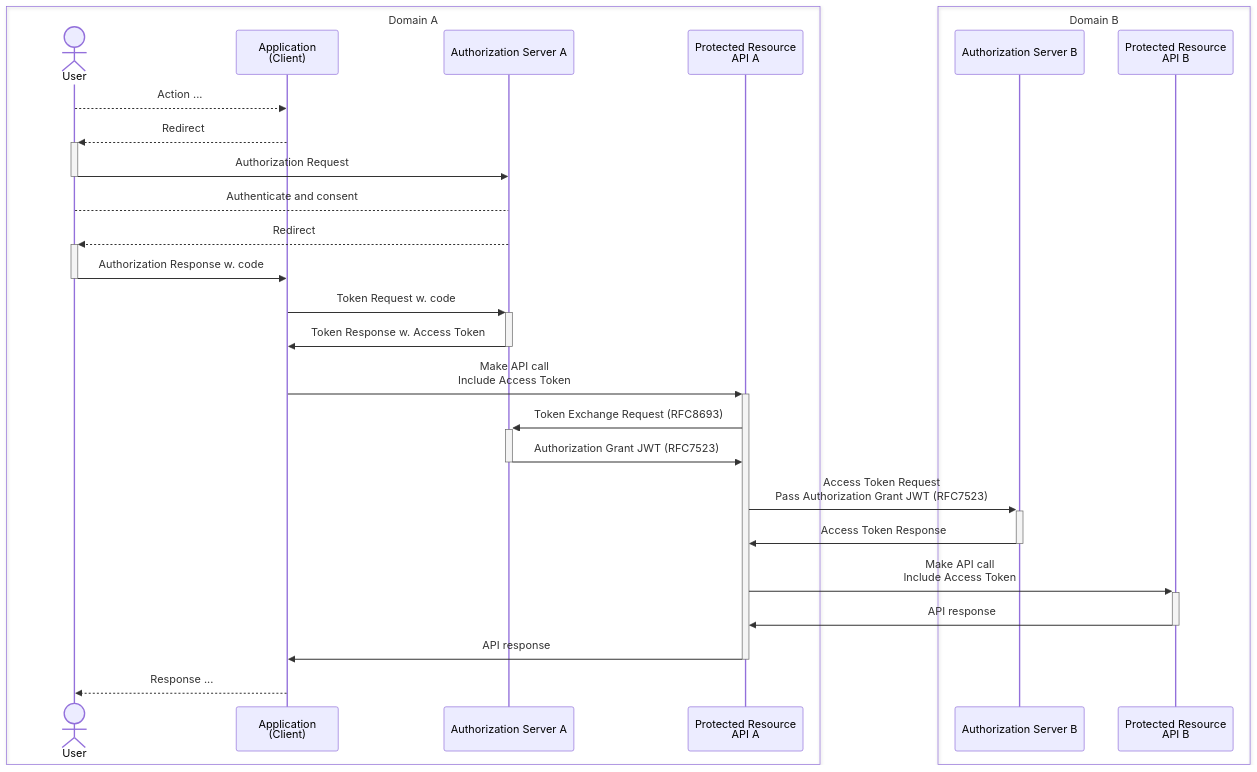
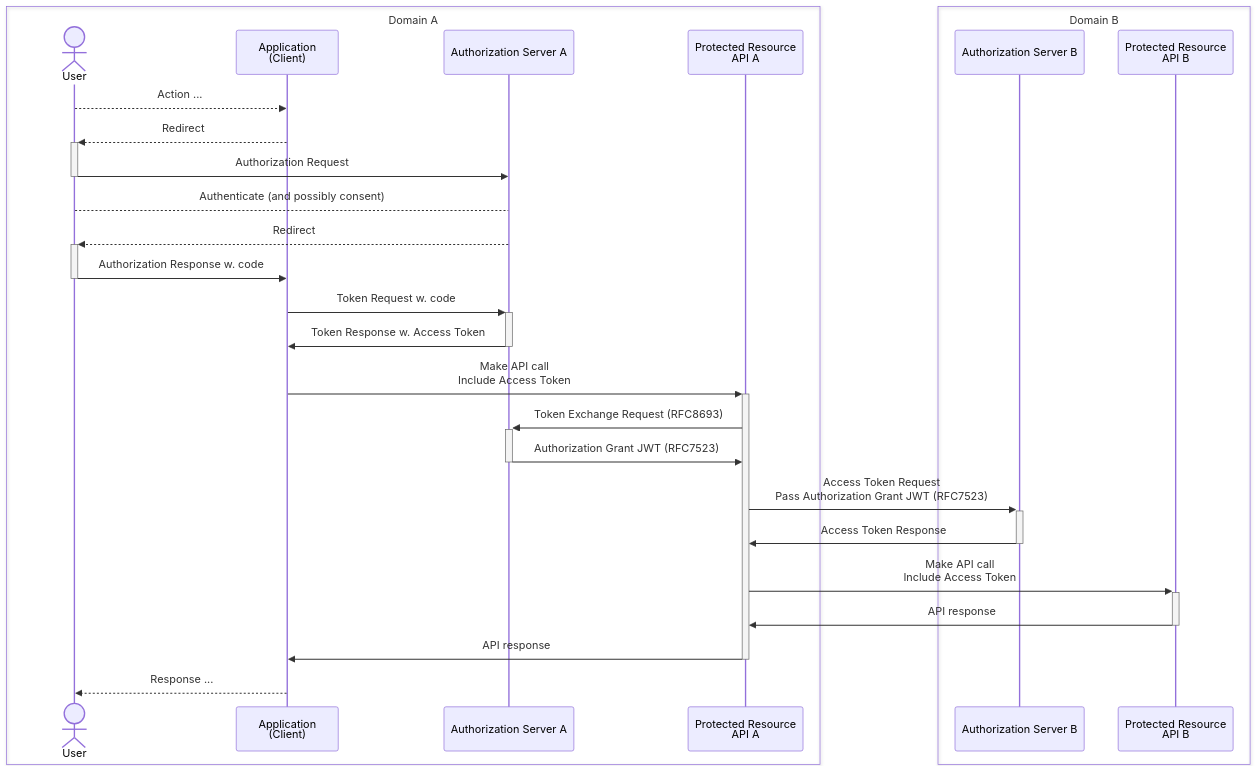
Before and after one commit to ena-infrastructure/specifications: the third of 3 diagrams in ena-oauth2-chaining.md, drawn with Mermaid. The commit also changed other lines of this file, not shown here.

Commit message:
IS-34. Introduced chapter on "Token Exchange and the User and Resource Owner Distinction"

````diff
--- a/ena-oauth2-chaining.md
+++ b/ena-oauth2-chaining.md
@@ -571,43 +582,43 @@
 ```mermaid
 sequenceDiagram
     
     box Domain A
         actor User as User
         participant Service as Application<br/>(Client)
         participant AsA as Authorization Server A
         participant ApiA as Protected Resource<br/>API A
     end
 
     box Domain B
         participant AsB as Authorization Server B
         participant ApiB as Protected Resource<br/>API B
     end
 
     User-->>Service: Action ...
 
     Service-->>+User: Redirect
     User->>-AsA: Authorization Request
 
-    User-->AsA: Authenticate and consent
+    User-->AsA: Authenticate (and possibly consent)
 
     AsA-->>+User: Redirect
     User->>-Service: Authorization Response w. code
 
     Service->>+AsA: Token Request w. code
     AsA->>-Service: Token Response w. Access Token
 
     Service->>+ApiA: Make API call<br/>Include Access Token
 
     ApiA->>+AsA: Token Exchange Request (RFC8693)
     AsA->>-ApiA: Authorization Grant JWT (RFC7523)
 
     ApiA->>+AsB: Access Token Request<br/>Pass Authorization Grant JWT (RFC7523)
     AsB->>-ApiA: Access Token Response
 
     ApiA->>+ApiB: Make API call<br/>Include Access Token
     ApiB->>-ApiA: API response
 
     ApiA->>-Service: API response
 
     Service-->>User: Response ...
 ```
````
